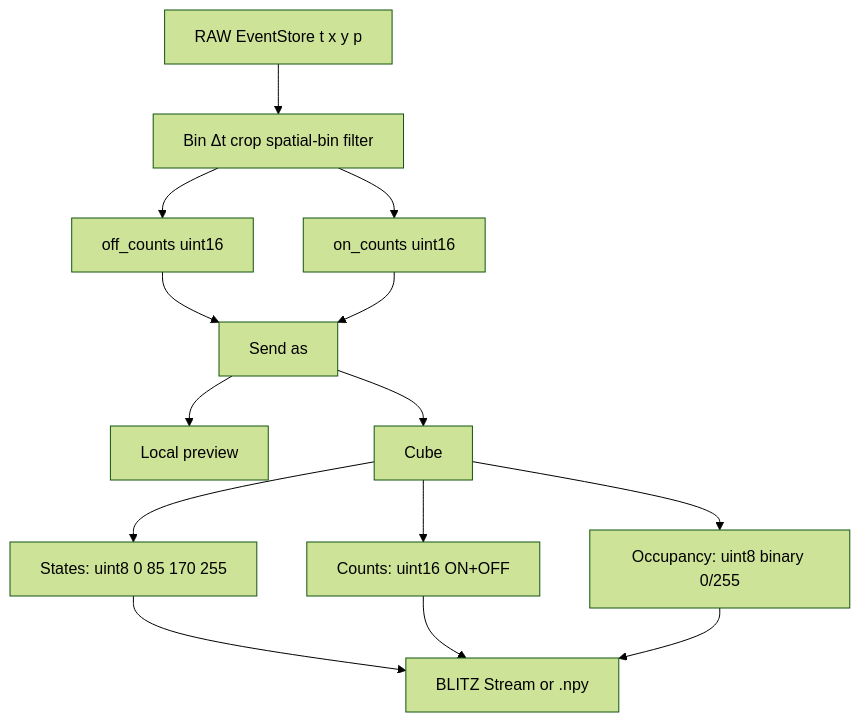
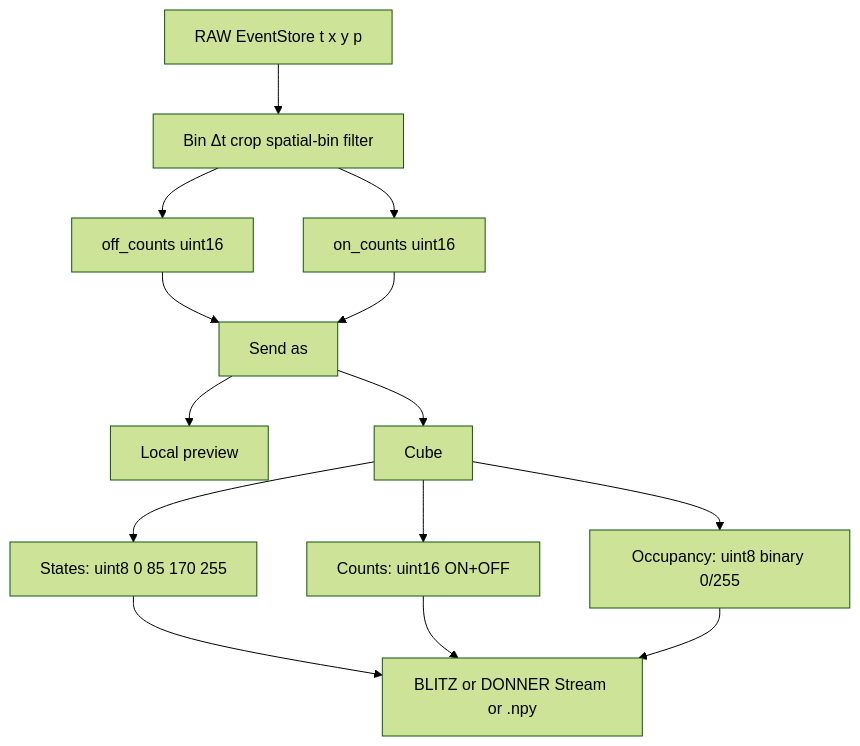
One commit to PiMaV/event-reader changed the second of 2 diagrams in README.md. Above: the diagram before and after it, drawn with Mermaid (forest theme). The commit also changed other lines of this file and 8 other files, not shown here.

Commit message:
Relay viewer_index to the Event reader timeline and other stream clients.

````diff
--- a/README.md
+++ b/README.md
@@ -45,24 +45,24 @@
 ```mermaid
 flowchart TD
   raw["RAW EventStore t x y p"]
   bin["Bin Δt crop spatial-bin filter"]
   off["off_counts uint16"]
   on["on_counts uint16"]
   view["Send as"]
   preview["Local preview"]
   cube["Cube"]
   states["States: uint8 0 85 170 255"]
   activity["Counts: uint16 ON+OFF"]
   occ["Occupancy: uint8 binary 0/255"]
-  out["BLITZ Stream or .npy"]
+  out["BLITZ or DONNER Stream or .npy"]
 
   raw --> bin --> off
   bin --> on
   off --> view
   on --> view
   view --> preview
   view --> cube
   cube --> states --> out
   cube --> activity --> out
   cube --> occ --> out
 ```
````
